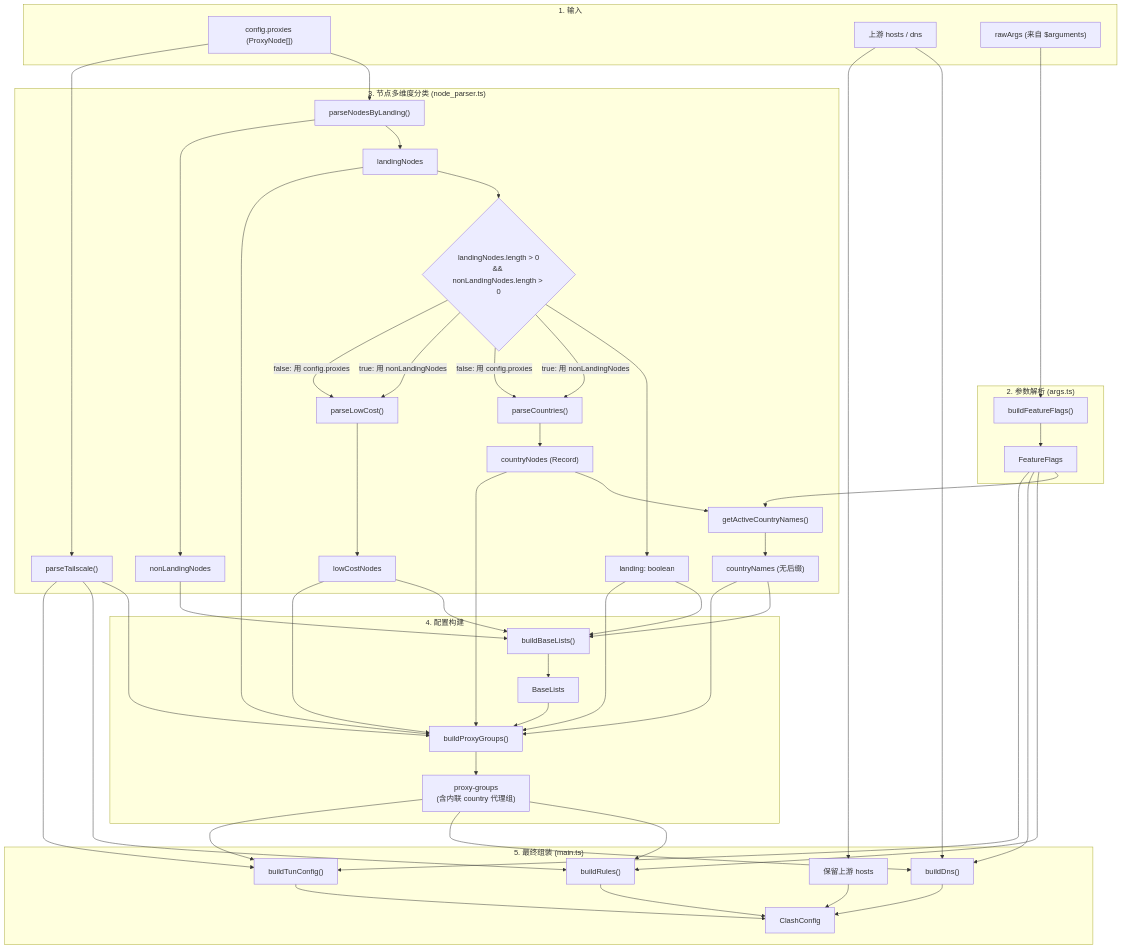
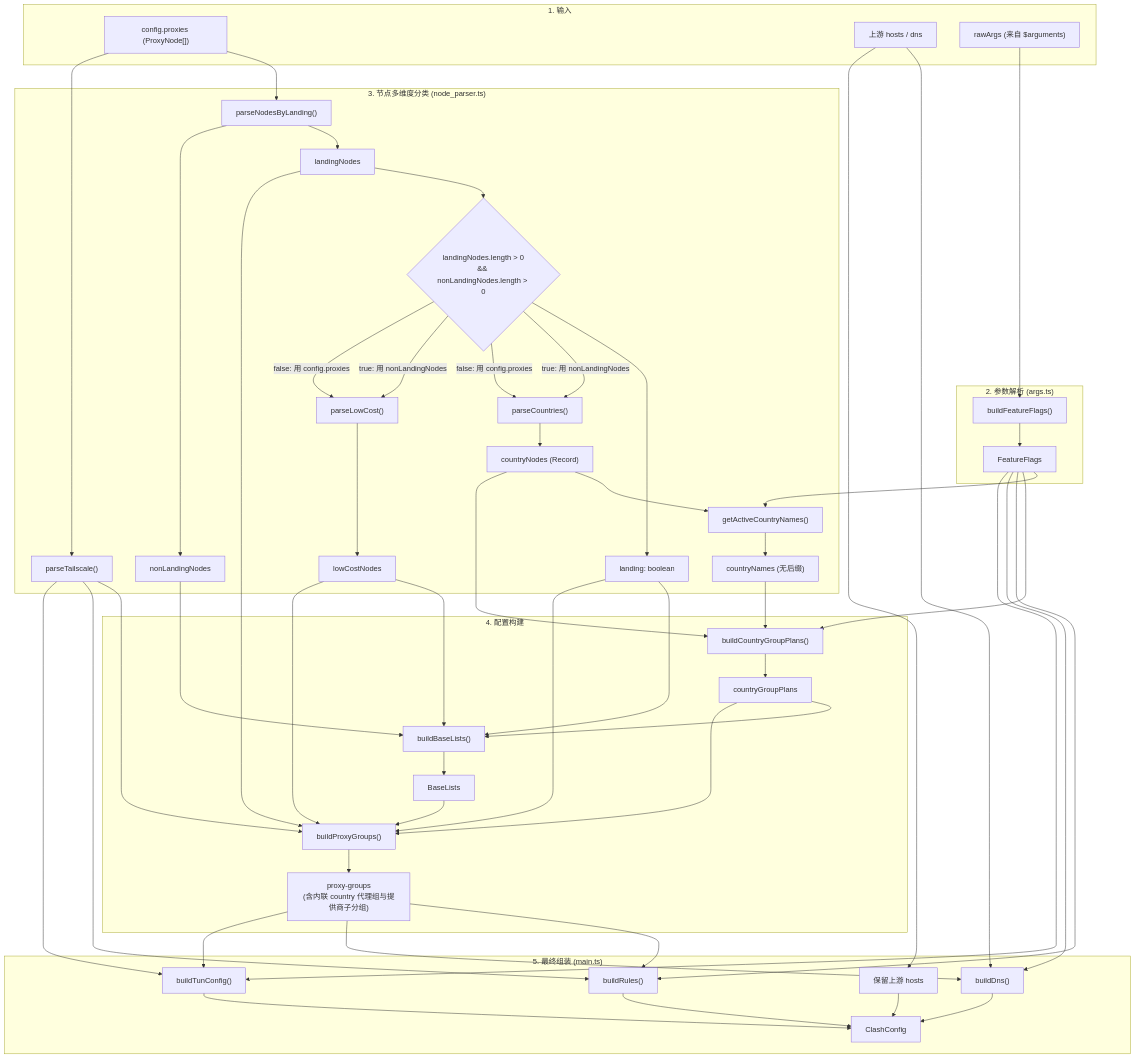
The diagram in docs/ARCHITECTURE.md (centpourcent/override-rules), drawn with Mermaid before and after one commit. The commit also changed other lines of this file and 8 other files, not shown here.

````diff
--- a/docs/ARCHITECTURE.md
+++ b/docs/ARCHITECTURE.md
@@ -11,64 +11,67 @@
 ```mermaid
 flowchart TD
     subgraph Input["1. 输入"]
         CP["config.proxies (ProxyNode[])"]
         UP["上游 hosts / dns"]
         RA["rawArgs (来自 $arguments)"]
     end
 
     subgraph Args["2. 参数解析 (args.ts)"]
         RA --> BFF["buildFeatureFlags()"]
         BFF --> FF["FeatureFlags"]
     end
 
     subgraph Parser["3. 节点多维度分类 (node_parser.ts)"]
         CP --> PNL["parseNodesByLanding()"]
         CP --> TS["parseTailscale()"]
         PNL --> LN["landingNodes"]
         PNL --> NLN["nonLandingNodes"]
         LN --> LCHK{"landingNodes.length > 0<br/>&& nonLandingNodes.length > 0"}
         LCHK --> LAND["landing: boolean"]
         LCHK -->|"true: 用 nonLandingNodes"| PC["parseCountries()"]
         LCHK -->|"false: 用 config.proxies"| PC
         LCHK -->|"true: 用 nonLandingNodes"| PLC["parseLowCost()"]
         LCHK -->|"false: 用 config.proxies"| PLC
         PC --> CN["countryNodes (Record)"]
         PLC --> LCN["lowCostNodes"]
         CN --> GACN["getActiveCountryNames()"]
         GACN --> ACN["countryNames (无后缀)"]
         FF --> GACN
     end
 
     subgraph Builders["4. 配置构建"]
-        ACN --> BBL["buildBaseLists()"]
+        ACN --> BCGP["buildCountryGroupPlans()"]
+        CN --> BCGP
+        FF --> BCGP
+        BCGP --> CGP["countryGroupPlans"]
+        CGP --> BBL["buildBaseLists()"]
         LAND --> BBL
         LCN --> BBL
         TS --> BPG
         NLN --> BBL
         BBL --> BL["BaseLists"]
         BL --> BPG["buildProxyGroups()"]
-        ACN --> BPG
-        CN --> BPG
+        CGP --> BPG
         LAND --> BPG
         LN --> BPG
         LCN --> BPG
-        BPG --> PG["proxy-groups<br/>(含内联 country 代理组)"]
+        BPG --> PG["proxy-groups<br/>(含内联 country 代理组与提供商子分组)"]
     end
 
     subgraph Output["5. 最终组装 (main.ts)"]
         PG --> RULES["buildRules()"]
         PG --> DNS["buildDns()"]
         PG --> TUN["buildTunConfig()"]
         UP --> DNS
         UP --> HOSTS["保留上游 hosts"]
         TS --> RULES
         TS --> TUN
         FF --> RULES
         FF --> DNS
         FF --> TUN
         RULES --> FINAL["ClashConfig"]
         DNS --> FINAL
         TUN --> FINAL
         HOSTS --> FINAL
     end
 ```
````
